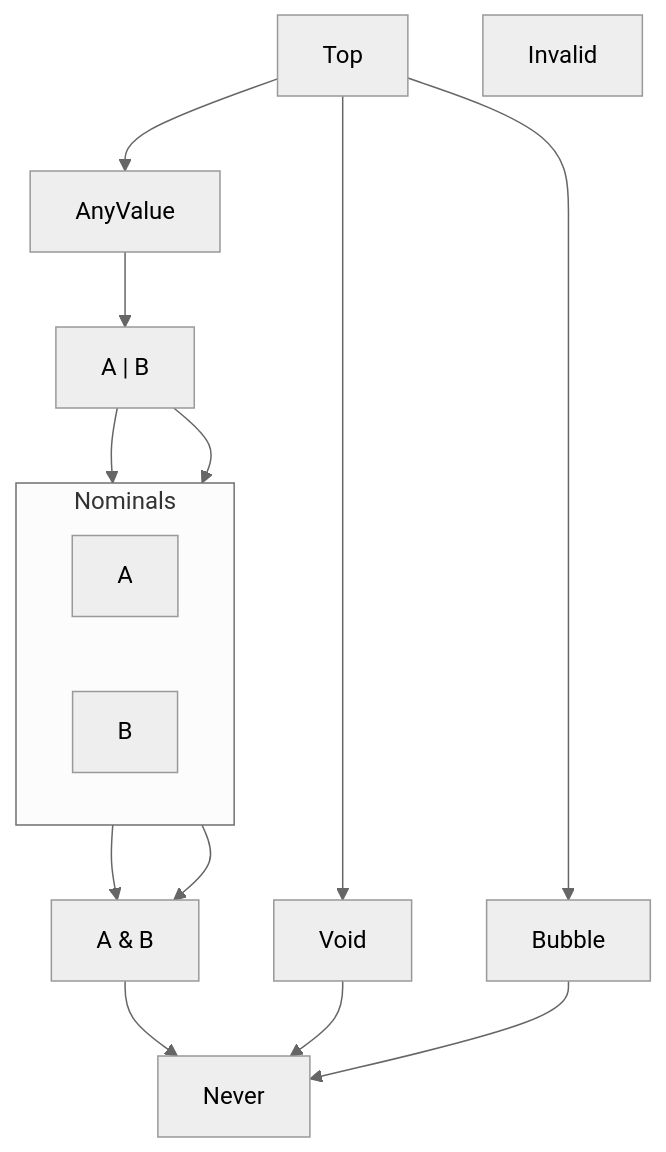
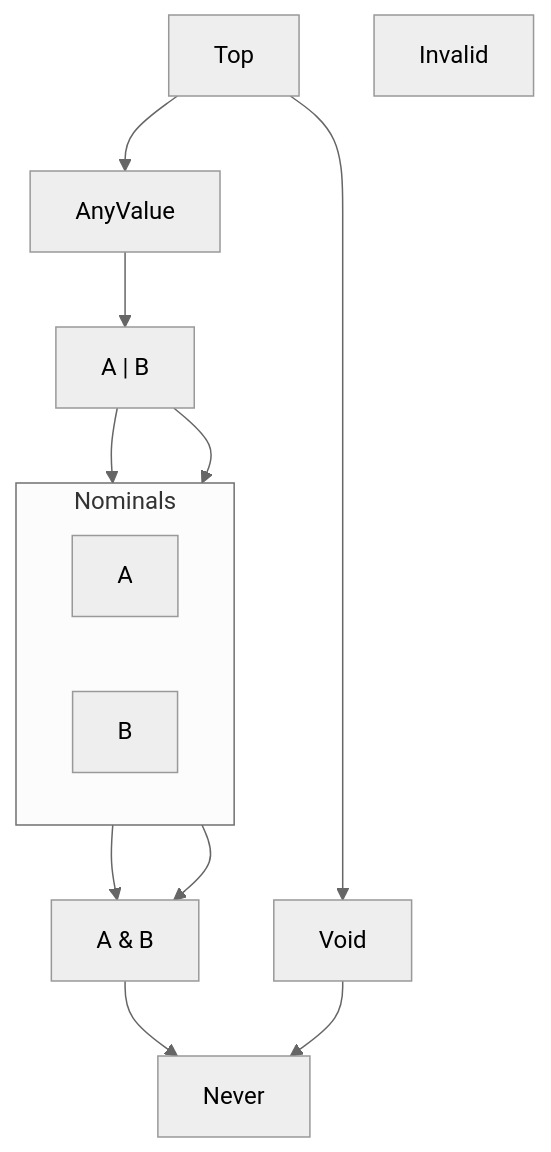
Before and after one commit to temperlang/temper: the diagram in docs/language/types.md, drawn with Mermaid (neutral theme). The commit also changed other lines of this file and 725 other files, not shown here.

````diff
--- a/docs/language/types.md
+++ b/docs/language/types.md
@@ -2337,20 +2334,18 @@
 ```mermaid
 graph TD
 Top --> AnyValue
 Top --> Void
-Top --> Bubble
 AnyValue --> Union["A | B"]
 subgraph nominals [Nominals]
   direction LR
   A
   B
 end
 Union --> A
 Union --> B
 A --> Intersection["A & B"]
 B --> Intersection
 Intersection --> Never
 Void --> Never
-Bubble --> Never
 Invalid
 ```
````
